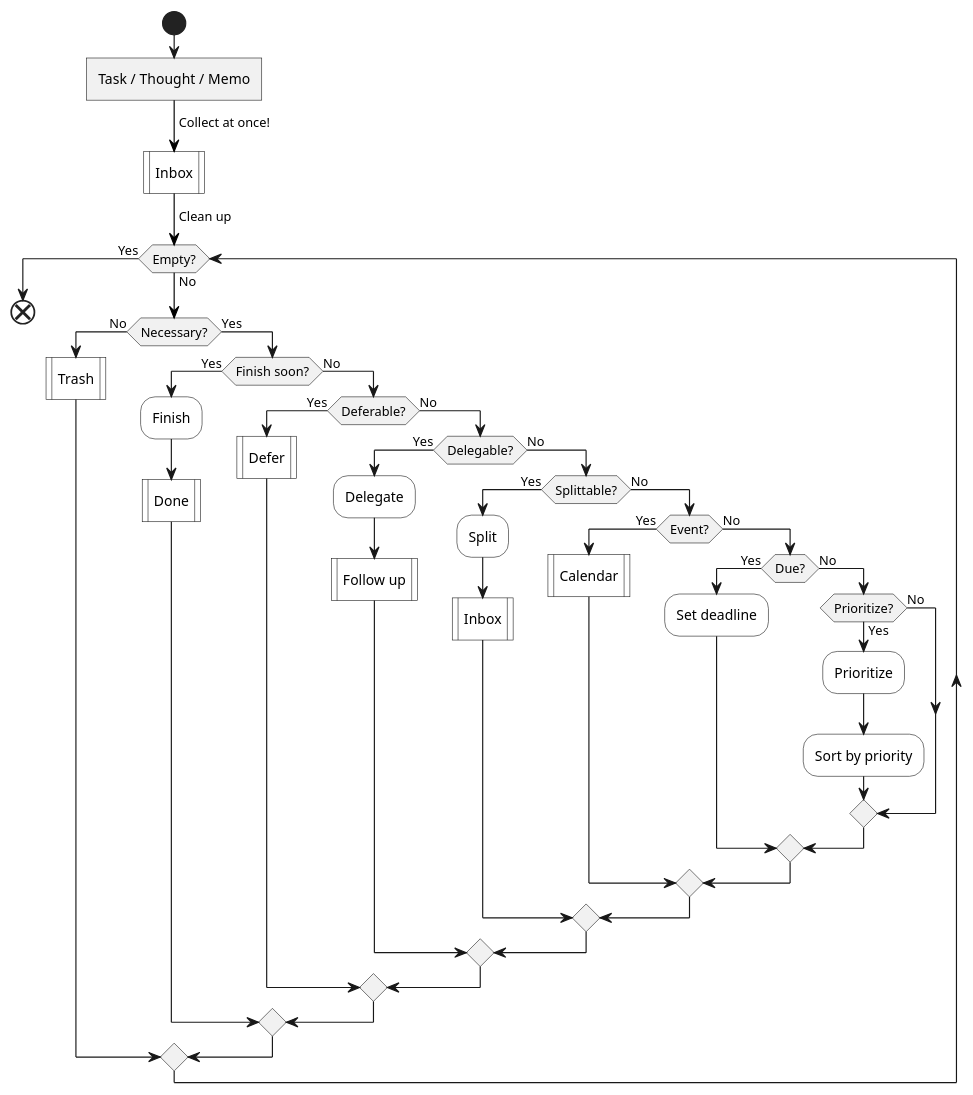
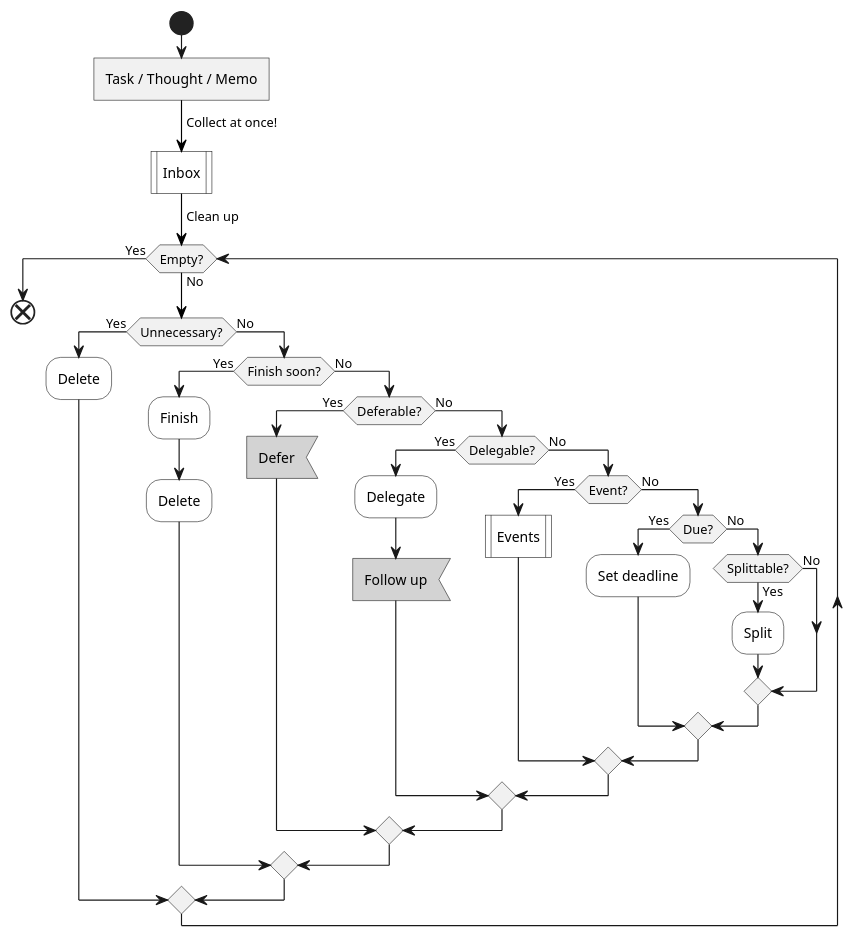
The diagram in lifelogs/rehabilitation.md (IceHe/icehe-lib), drawn with PlantUML before and after one commit.

Commit message:
2020-12-16 20:56:37 Wed

````diff
--- a/lifelogs/rehabilitation.md
+++ b/lifelogs/rehabilitation.md
@@ -187,51 +187,53 @@
 ```plantuml
 @startuml
 start
 :Task / Thought / Memo]
 -[#black]-> Collect at once!;
 #white:Inbox|
 -[#black]-> Clean up;
 while (Empty?) is (No)
-    if (Necessary?) then (No)
+    if (Unnecessary?) then (Yes)
+        #white:Delete;
         '#white:Quit;
-        #white:Trash|
-    else (Yes)
+        '#white:Trash|
+    else (No)
         if (Finish soon?) then (Yes)
             #white:Finish;
-            #white:Done|
+            #white:Delete;
+            '#white:Done|
         else (No)
             if (Deferable?) then (Yes)
                 '#white:Defer;
-                #white:Defer|
+                #lightGray:Defer<
             else (No)
                 if (Delegable?) then (Yes)
                     #white:Delegate;
-                    #white:Follow up|
+                    #lightGray:Follow up<
                 else (No)
-                    if (Splittable?) then (Yes)
-                        #white:Split;
-                        'note right : SMART 法则
-                        #white:Inbox|
+                    if (Event?) then (Yes)
+                        #white:Events|
                     else (No)
-                        if (Event?) then (Yes)
-                            #white:Calendar|
+                        if (Due?) then (Yes)
+                            #white:Set deadline;
                         else (No)
-                            if (Due?) then (Yes)
-                                #white:Set deadline;
+                            if (Splittable?) then (Yes)
+                                #white:Split;
+                                'note right : SMART 法则
+                                '#white:Inbox|
                             else (No)
-                                if (Prioritize?) then (Yes)
-                                    #white:Prioritize;
-                                    #white:Sort by priority;
-                                else (No)
-                                endif
                             endif
+                            'if (Without priority?) then (Yes)
+                            '    #white:Prioritize;
+                            '    #white:Sort by priority;
+                            'else (No)
+                            'endif
                         endif
                     endif
                 endif
             endif
         endif
     endif
 endwhile (Yes)
 end
 @enduml
 ```
````
